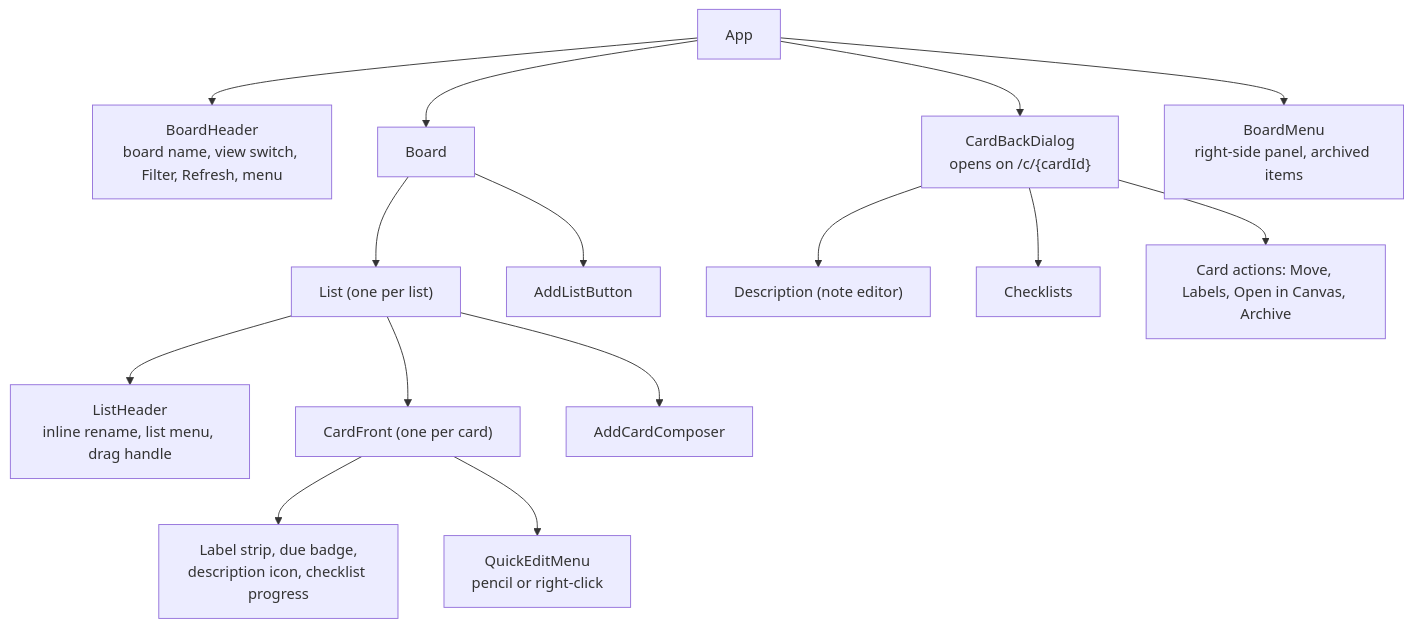
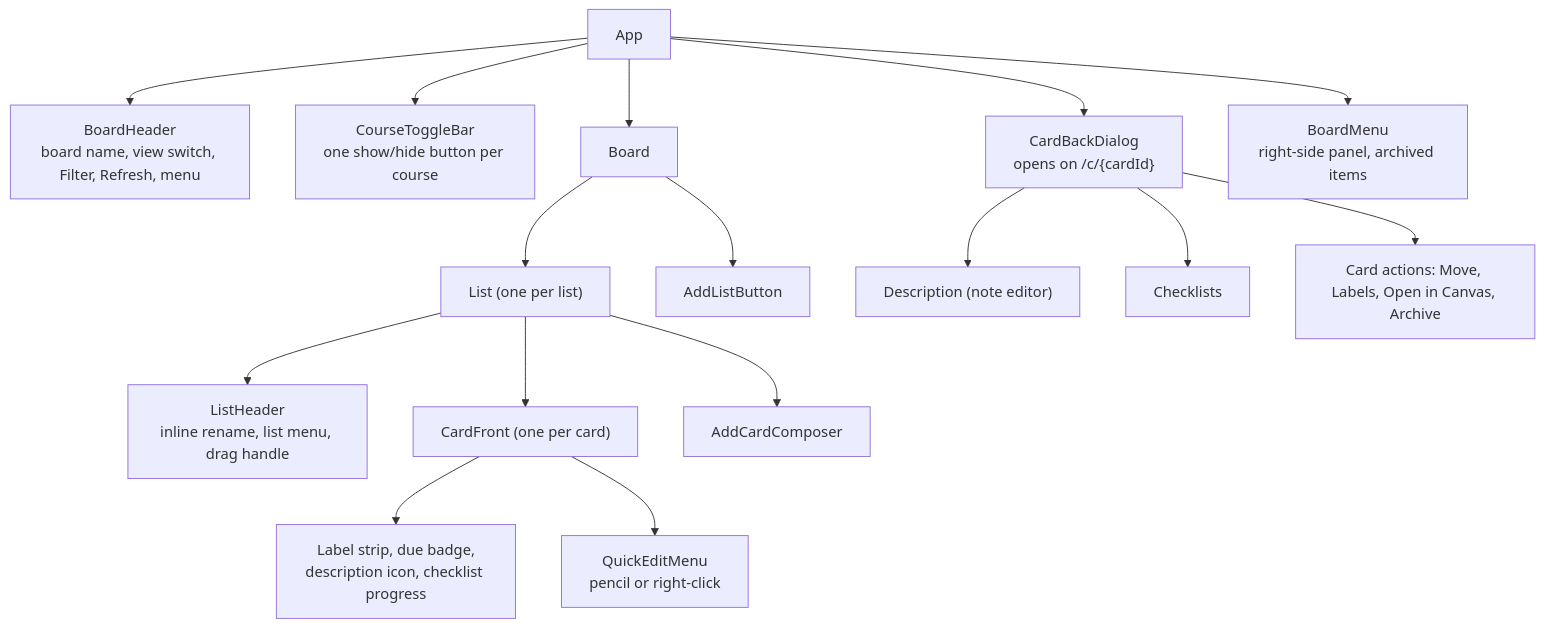
Before and after one commit to bbranton/TestProj: the sixth of 6 diagrams in docs/canvas-portal/03-design.md, drawn with Mermaid. The commit also changed other lines of this file and 4 other files, not shown here.

First line of the commit message:
Add course show/hide buttons under the board header (FR-78)

````diff
--- a/docs/canvas-portal/03-design.md
+++ b/docs/canvas-portal/03-design.md
@@ -387,17 +390,18 @@
 ```mermaid
 flowchart TD
     App --> Header["BoardHeader<br/>board name, view switch, Filter, Refresh, menu"]
+    App --> Toggles["CourseToggleBar<br/>one show/hide button per course"]
     App --> Board
     App --> CardBack["CardBackDialog<br/>opens on /c/{cardId}"]
     App --> BoardMenu["BoardMenu<br/>right-side panel, archived items"]
     Board --> List["List (one per list)"]
     Board --> AddList["AddListButton"]
     List --> ListHeader["ListHeader<br/>inline rename, list menu, drag handle"]
     List --> Card["CardFront (one per card)"]
     List --> AddCard["AddCardComposer"]
     Card --> Badges["Label strip, due badge,<br/>description icon, checklist progress"]
     Card --> QuickEdit["QuickEditMenu<br/>pencil or right-click"]
     CardBack --> Desc["Description (note editor)"]
     CardBack --> Checklists
     CardBack --> Sidebar["Card actions: Move, Labels, Open in Canvas, Archive"]
 ```
````
